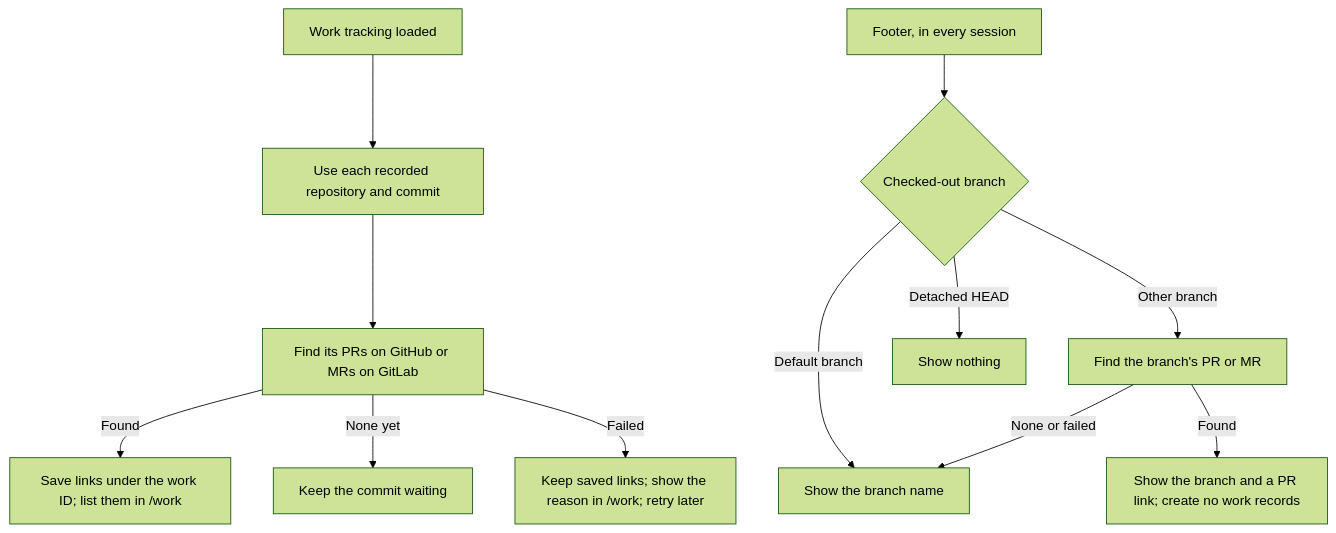
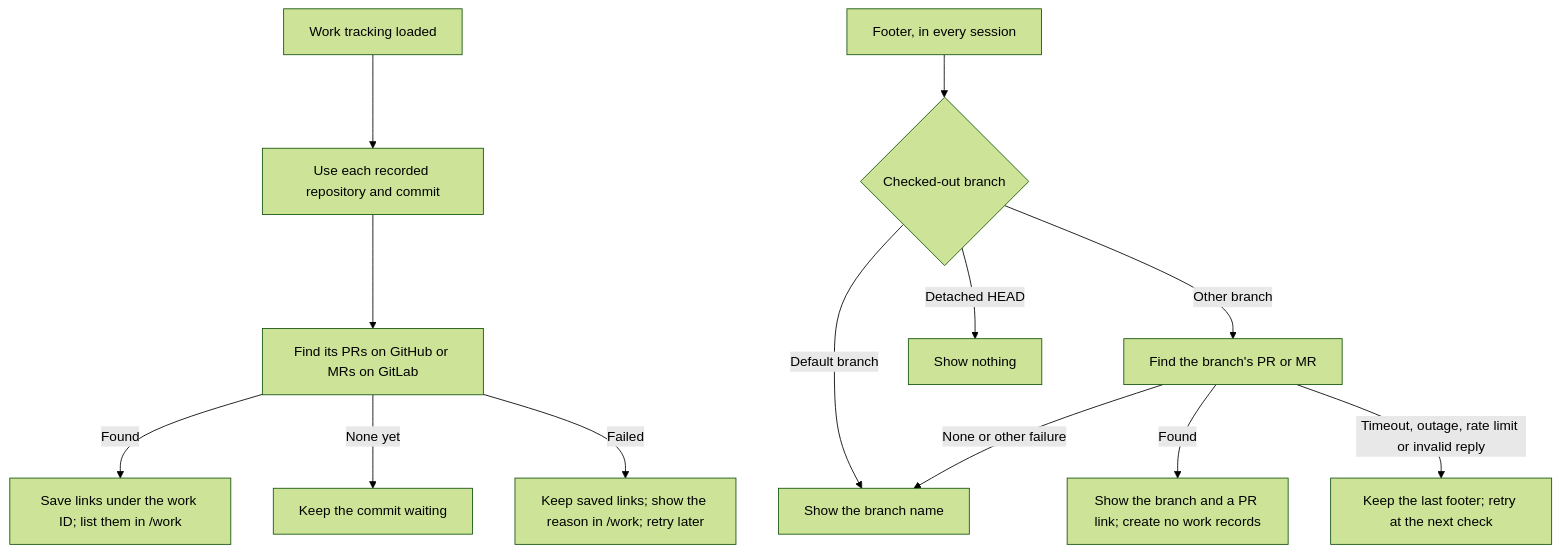
The seventh of 8 diagrams in docs/work-attribution.md (getkimchi/kimchi), drawn with Mermaid (forest theme) before and after one commit. The commit also changed other lines of this file, not shown here.

Commit message:
docs(work-attribution): describe close-time matching and retried lookups

````diff
--- a/docs/work-attribution.md
+++ b/docs/work-attribution.md
@@ -248,14 +248,15 @@
 ```mermaid
 flowchart TD
     T["Work tracking loaded"] --> C["Use each recorded repository and commit"]
     C --> G["Find its PRs on GitHub or MRs on GitLab"]
     G -->|Found| L["Save links under the work ID; list them in /work"]
     G -->|None yet| P["Keep the commit waiting"]
     G -->|Failed| E["Keep saved links; show the reason in /work; retry later"]
     S["Footer, in every session"] --> B{"Checked-out branch"}
     B -->|Default branch| D["Show the branch name"]
     B -->|Other branch| H["Find the branch's PR or MR"]
     B -->|Detached HEAD| N["Show nothing"]
     H -->|Found| F["Show the branch and a PR link; create no work records"]
-    H -->|None or failed| D
+    H -->|None or other failure| D
+    H -->|Timeout, outage, rate limit or invalid reply| K["Keep the last footer; retry at the next check"]
 ```
````
